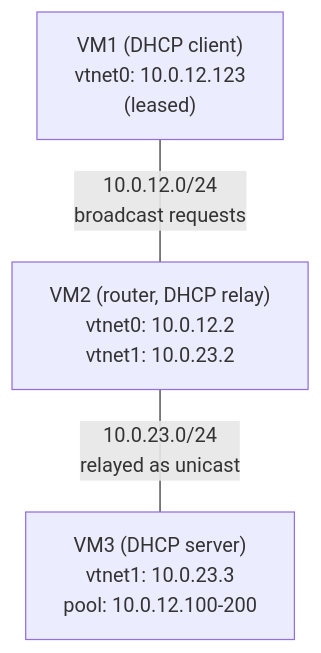
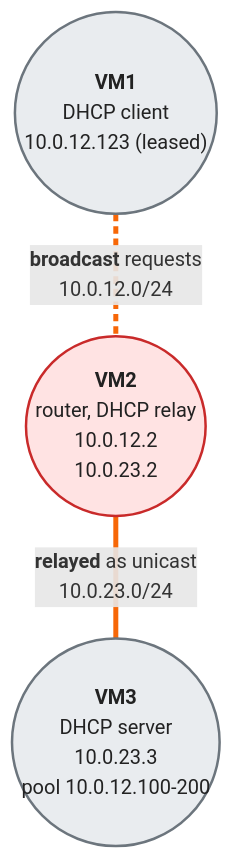
The diagram in docs/documentation/examples/dhcp-relay-and-server-lab.md (ocochard/bsdrp-website), drawn with Mermaid before and after one commit. The commit also changed 6 other files, not shown here.

First line of the commit message:
examples: one mermaid style for every lab diagram

````diff
--- a/docs/documentation/examples/dhcp-relay-and-server-lab.md
+++ b/docs/documentation/examples/dhcp-relay-and-server-lab.md
@@ -18,9 +18,19 @@
 ```mermaid
 flowchart TD
-    VM1["VM1 (DHCP client)<br/>vtnet0: 10.0.12.123<br/>(leased)"]
-    VM2["VM2 (router, DHCP relay)<br/>vtnet0: 10.0.12.2<br/>vtnet1: 10.0.23.2"]
-    VM3["VM3 (DHCP server)<br/>vtnet1: 10.0.23.3<br/>pool: 10.0.12.100-200"]
+    VM1(("<b>VM1</b><br/>DHCP client<br/>10.0.12.123 (leased)"))
+    VM2(("<b>VM2</b><br/>router, DHCP relay<br/>10.0.12.2<br/>10.0.23.2"))
+    VM3(("<b>VM3</b><br/>DHCP server<br/>10.0.23.3<br/>pool 10.0.12.100-200"))
 
-    VM1 ---|"10.0.12.0/24<br/>broadcast requests"| VM2
-    VM2 ---|"10.0.23.0/24<br/>relayed as unicast"| VM3
+    VM1 ---|"<b>broadcast</b> requests<br/>10.0.12.0/24"| VM2
+    VM2 ---|"<b>relayed</b> as unicast<br/>10.0.23.0/24"| VM3
+
+    classDef frr fill:#fde2c4,stroke:#d9480f,stroke-width:2px,color:#222
+    classDef bird fill:#d0e4f7,stroke:#1c5fa8,stroke-width:2px,color:#222
+    classDef router fill:#ffe3e3,stroke:#c92a2a,stroke-width:2px,color:#222
+    classDef host fill:#e9ecef,stroke:#6c757d,stroke-width:2px,color:#222
+    class VM1,VM3 host
+    class VM2 router
+
+    linkStyle 0 stroke:#f76707,stroke-width:4px,stroke-dasharray:6 4
+    linkStyle 1 stroke:#f76707,stroke-width:4px
 ```
````
